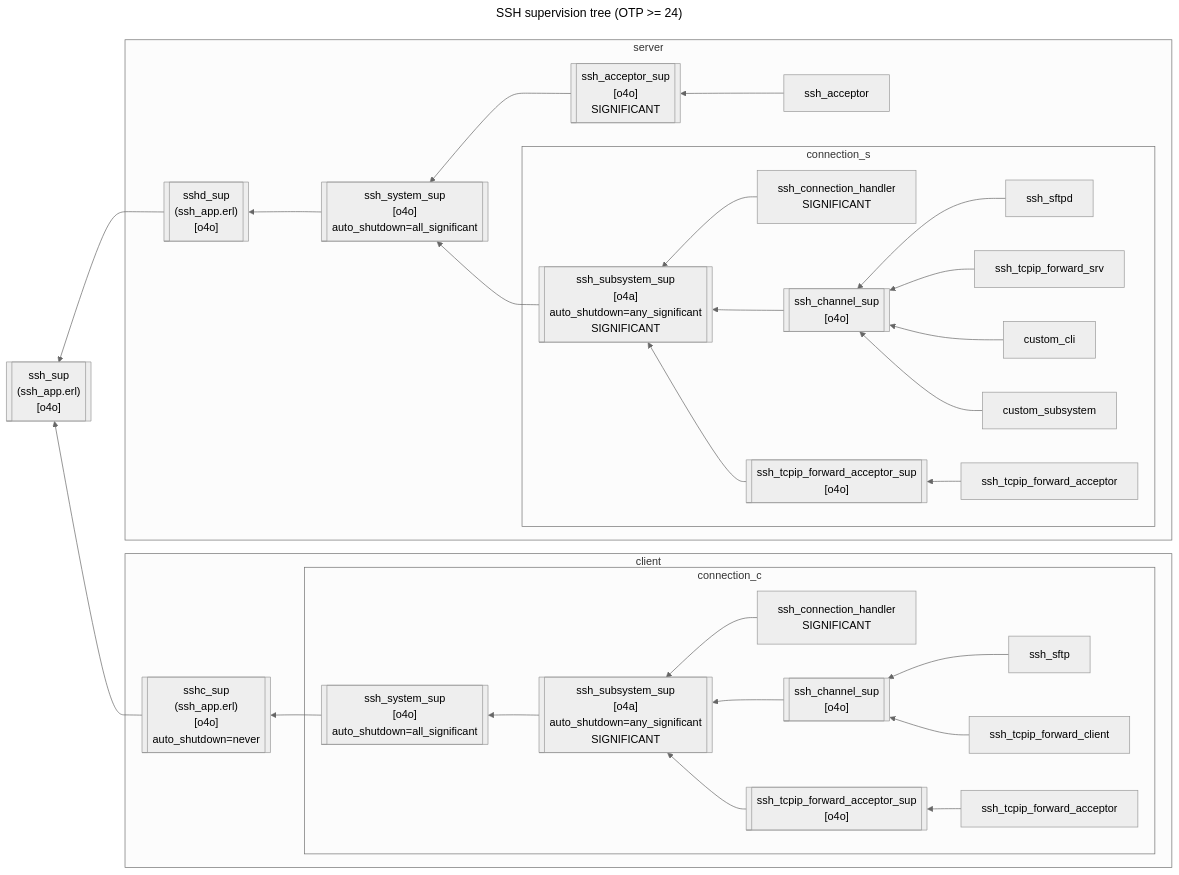
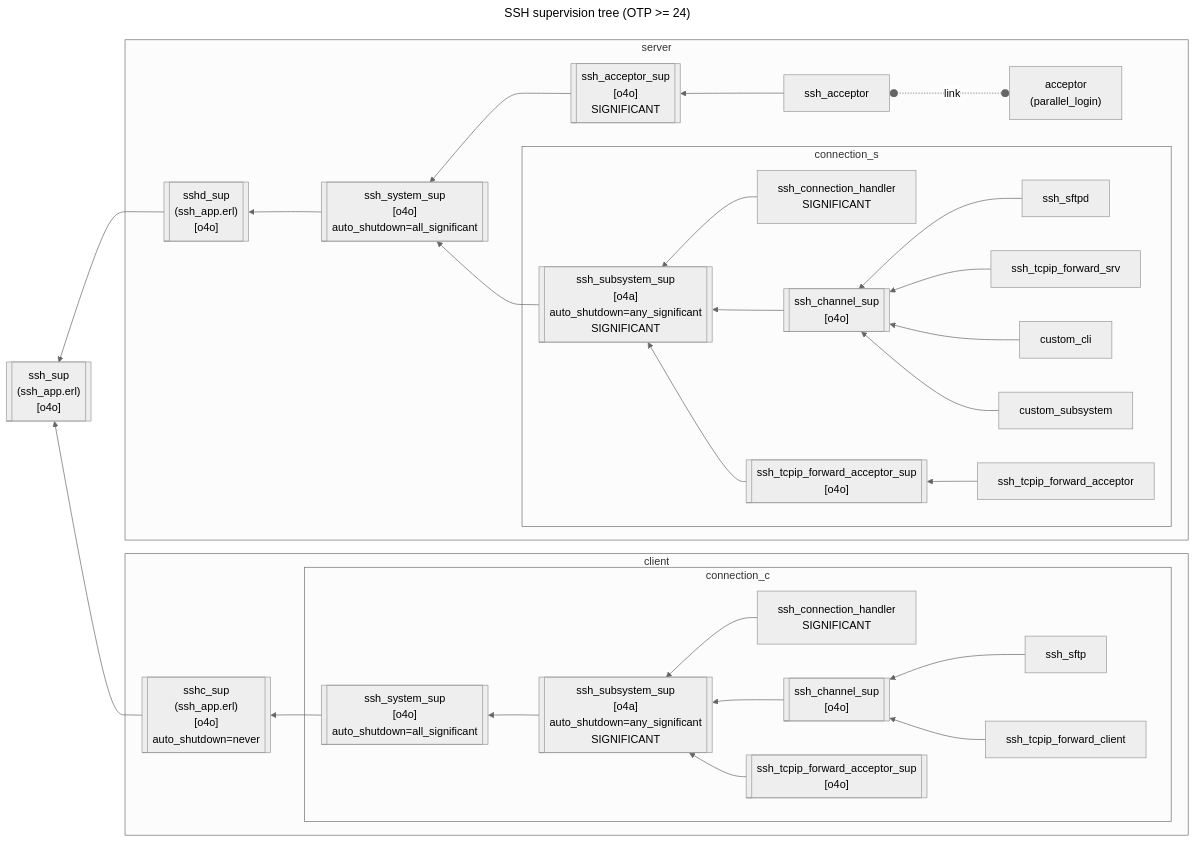
Before and after one commit to erlang/otp: the third of 4 diagrams in lib/ssh/internal_doc/ssh_notes.md, drawn with Mermaid (neutral theme). The commit also changed other lines of this file and 5 other files, not shown here.

````diff
--- a/lib/ssh/internal_doc/ssh_notes.md
+++ b/lib/ssh/internal_doc/ssh_notes.md
@@ -39,40 +78,39 @@
 ```mermaid
 ---
 title: SSH supervision tree (OTP >= 24)
 ---
 flowchart RL
-    d_sup --> sup[["ssh_sup\n(ssh_app.erl)\n[o4o]"]]
+    d_sup --> sup[["ssh_sup<br />(ssh_app.erl)<br />[o4o]"]]
     c_sup --> sup
 
     subgraph client
-    system_sup --> c_sup[["sshc_sup\n(ssh_app.erl)\n[o4o]\nauto_shutdown=never"]]
+    system_sup --> c_sup[["sshc_sup<br />(ssh_app.erl)<br />[o4o]<br />auto_shutdown=never"]]
     subgraph connection_c
-    subsystem_sup --> system_sup[["ssh_system_sup\n[o4o]\nauto_shutdown=all_significant"]]
-    connection_handler["ssh_connection_handler\nSIGNIFICANT"] --> subsystem_sup[["ssh_subsystem_sup\n[o4a]\nauto_shutdown=any_significant\nSIGNIFICANT"]]
-    channel_sup[["ssh_channel_sup\n[o4o]"]] --> subsystem_sup
+    subsystem_sup --> system_sup[["ssh_system_sup<br />[o4o]<br />auto_shutdown=all_significant"]]
+    connection_handler["ssh_connection_handler<br />SIGNIFICANT"] --> subsystem_sup[["ssh_subsystem_sup<br />[o4a]<br />auto_shutdown=any_significant<br />SIGNIFICANT"]]
+    channel_sup[["ssh_channel_sup<br />[o4o]"]] --> subsystem_sup
     sftp["ssh_sftp"] --> channel_sup
     ssh_tcpip_forward_client --> channel_sup
-    tcpip_forward_acceptor_sup[["ssh_tcpip_forward_acceptor_sup\n[o4o]"]] --> subsystem_sup
-    ssh_tcpip_forward_acceptor["ssh_tcpip_forward_acceptor"] --> tcpip_forward_acceptor_sup
+    tcpip_forward_acceptor_sup[["ssh_tcpip_forward_acceptor_sup<br />[o4o]"]] --> subsystem_sup
     end
     end
 
     subgraph server
-    system_sup_s --> d_sup[["sshd_sup\n(ssh_app.erl)\n[o4o]"]]
-    acceptor_sup --> system_sup_s[["ssh_system_sup\n[o4o]\nauto_shutdown=all_significant"]]
-    acceptor["ssh_acceptor"] --> acceptor_sup[["ssh_acceptor_sup\n[o4o]\nSIGNIFICANT"]]
-
+    system_sup_s --> d_sup[["sshd_sup<br />(ssh_app.erl)<br />[o4o]"]]
+    acceptor_sup --> system_sup_s[["ssh_system_sup<br />[o4o]<br />auto_shutdown=all_significant"]]
+    acceptor["ssh_acceptor"] --> acceptor_sup[["ssh_acceptor_sup<br />[o4o]<br />SIGNIFICANT"]]
+    acceptor_worker["acceptor<br />(parallel_login)"] o-. link .-o acceptor
     subsystem_sup_s --> system_sup_s
 
     subgraph connection_s
-    connection_handler_s["ssh_connection_handler\nSIGNIFICANT"] --> subsystem_sup_s[["ssh_subsystem_sup\n[o4a]\nauto_shutdown=any_significant\nSIGNIFICANT"]]
-    channel_sup_s[["ssh_channel_sup\n[o4o]"]] --> subsystem_sup_s
-    tcpip_forward_acceptor_sup_s[["ssh_tcpip_forward_acceptor_sup\n[o4o]"]] --> subsystem_sup_s
+    connection_handler_s["ssh_connection_handler<br />SIGNIFICANT"] --> subsystem_sup_s[["ssh_subsystem_sup<br />[o4a]<br />auto_shutdown=any_significant<br />SIGNIFICANT"]]
+    channel_sup_s[["ssh_channel_sup<br />[o4o]"]] --> subsystem_sup_s
+    tcpip_forward_acceptor_sup_s[["ssh_tcpip_forward_acceptor_sup<br />[o4o]"]] --> subsystem_sup_s
     ssh_tcpip_forward_acceptor_s["ssh_tcpip_forward_acceptor"] --> tcpip_forward_acceptor_sup_s
     sftd1["ssh_sftpd"] --> channel_sup_s
     ssh_tcpip_forward_srv --> channel_sup_s
     custom_cli --> channel_sup_s
     custom_subsystem --> channel_sup_s
     end
     end
 ```
````
